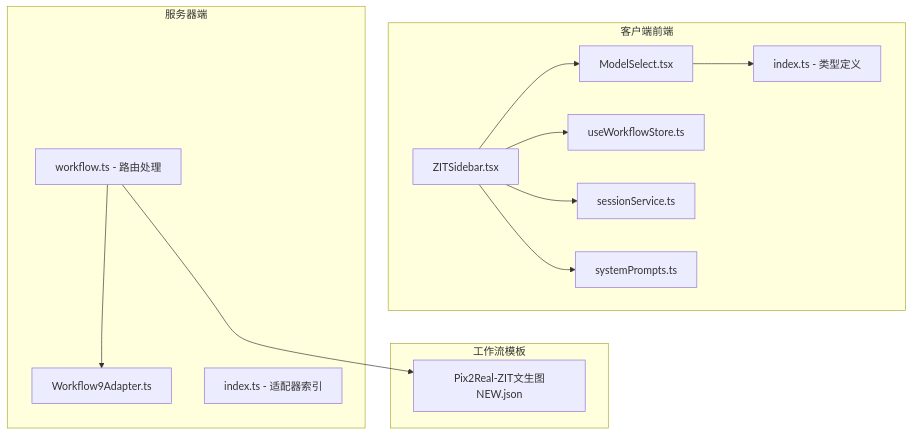
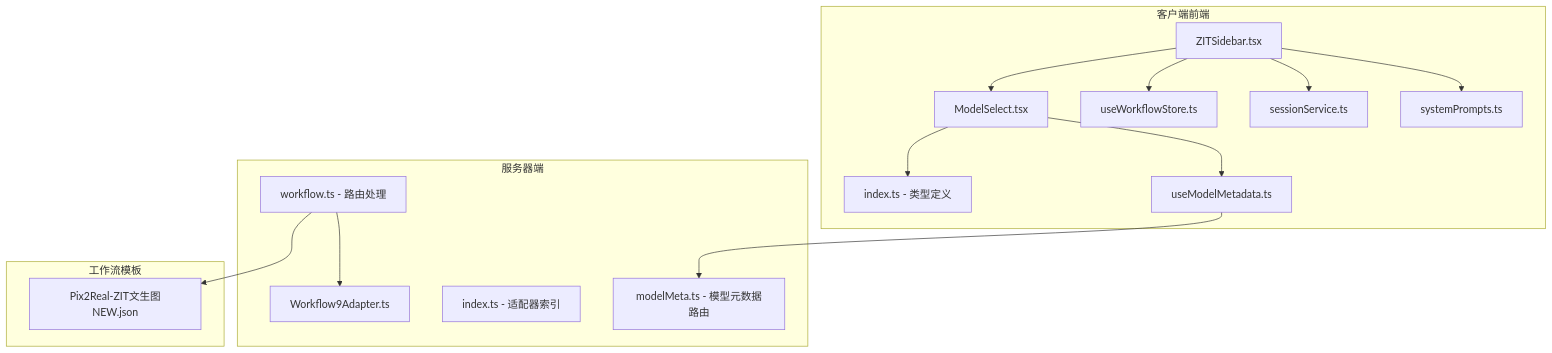
Before and after one commit to billye220670/CorineKit_Pix2Real: the first of 9 diagrams in .qoder/repowiki/zh/content/用户界面组件/控制面板组件/ZIT快出侧边栏.md, drawn with Mermaid. The commit also changed other lines of this file and 11 other files, not shown here.

````diff
--- a/.qoder/repowiki/zh/content/用户界面组件/控制面板组件/ZIT快出侧边栏.md
+++ b/.qoder/repowiki/zh/content/用户界面组件/控制面板组件/ZIT快出侧边栏.md
@@ -53,26 +60,30 @@
 ```mermaid
 graph TB
 subgraph "客户端前端"
 A[ZITSidebar.tsx]
 B[ModelSelect.tsx]
 C[useWorkflowStore.ts]
 D[sessionService.ts]
 E[systemPrompts.ts]
 F[index.ts - 类型定义]
+G[useModelMetadata.ts]
 end
 subgraph "服务器端"
-G[workflow.ts - 路由处理]
-H[Workflow9Adapter.ts]
-I[index.ts - 适配器索引]
+H[workflow.ts - 路由处理]
+I[Workflow9Adapter.ts]
+J[index.ts - 适配器索引]
+K[modelMeta.ts - 模型元数据路由]
 end
 subgraph "工作流模板"
-J[Pix2Real-ZIT文生图NEW.json]
+L[Pix2Real-ZIT文生图NEW.json]
 end
 A --> B
 A --> C
 A --> D
 A --> E
 B --> F
-G --> H
-G --> J
+B --> G
+G --> K
+H --> I
+H --> L
 ```
````
